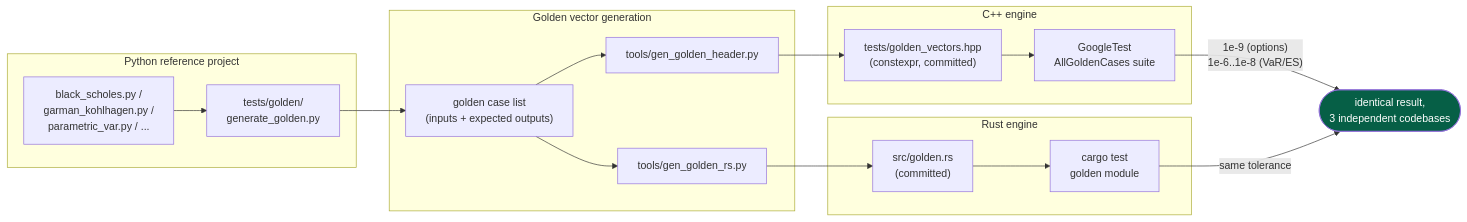
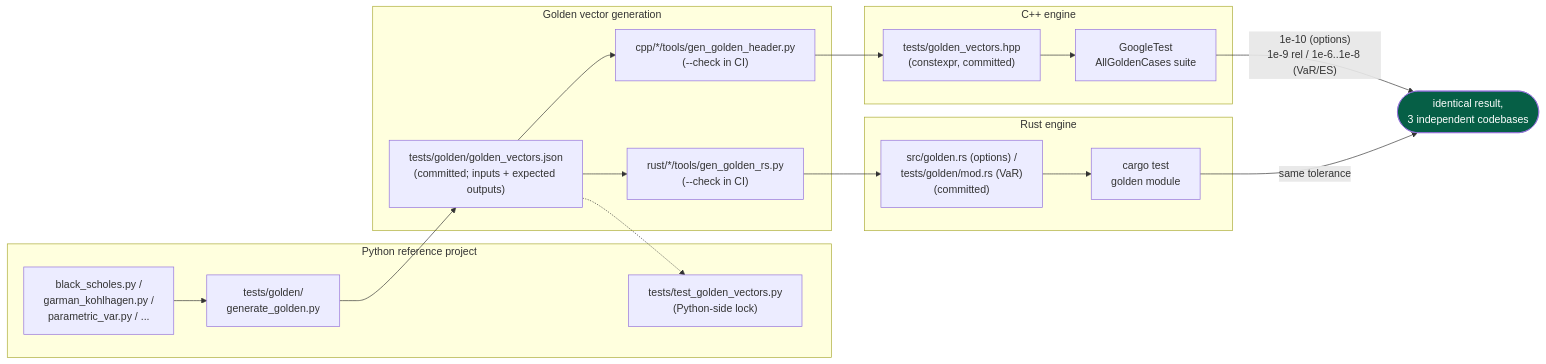
Before and after one commit to AshJha0/quant-portfolio: the second of 13 diagrams in docs/DIAGRAMS.md, drawn with Mermaid. The commit also changed other lines of this file and 87 other files, not shown here.

````diff
--- a/docs/DIAGRAMS.md
+++ b/docs/DIAGRAMS.md
@@ -58,31 +58,33 @@
 ```mermaid
 flowchart LR
     subgraph PY["Python reference project"]
         MODEL["black_scholes.py /<br/>garman_kohlhagen.py /<br/>parametric_var.py / ..."]
         GEN["tests/golden/<br/>generate_golden.py"]
+        LOCK["tests/test_golden_vectors.py<br/>(Python-side lock)"]
     end
 
     subgraph GOLD["Golden vector generation"]
-        JSON["golden case list<br/>(inputs + expected outputs)"]
-        HGEN["tools/gen_golden_header.py"]
-        RGEN["tools/gen_golden_rs.py"]
+        JSON["tests/golden/golden_vectors.json<br/>(committed; inputs + expected outputs)"]
+        HGEN["cpp/*/tools/gen_golden_header.py<br/>(--check in CI)"]
+        RGEN["rust/*/tools/gen_golden_rs.py<br/>(--check in CI)"]
     end
 
     subgraph CPPE["C++ engine"]
         HPP["tests/golden_vectors.hpp<br/>(constexpr, committed)"]
         GT["GoogleTest<br/>AllGoldenCases suite"]
     end
 
     subgraph RUSTE["Rust engine"]
-        GRS["src/golden.rs<br/>(committed)"]
+        GRS["src/golden.rs (options) /<br/>tests/golden/mod.rs (VaR)<br/>(committed)"]
         CT["cargo test<br/>golden module"]
     end
 
     MODEL --> GEN --> JSON
+    JSON -.-> LOCK
     JSON --> HGEN --> HPP --> GT
     JSON --> RGEN --> GRS --> CT
-    GT -->|"1e-9 (options)<br/>1e-6..1e-8 (VaR/ES)"| PASS(["identical result,<br/>3 independent codebases"])
+    GT -->|"1e-10 (options)<br/>1e-9 rel / 1e-6..1e-8 (VaR/ES)"| PASS(["identical result,<br/>3 independent codebases"])
     CT -->|same tolerance| PASS
 
     style PASS fill:#065f46,color:#fff
 ```
````
